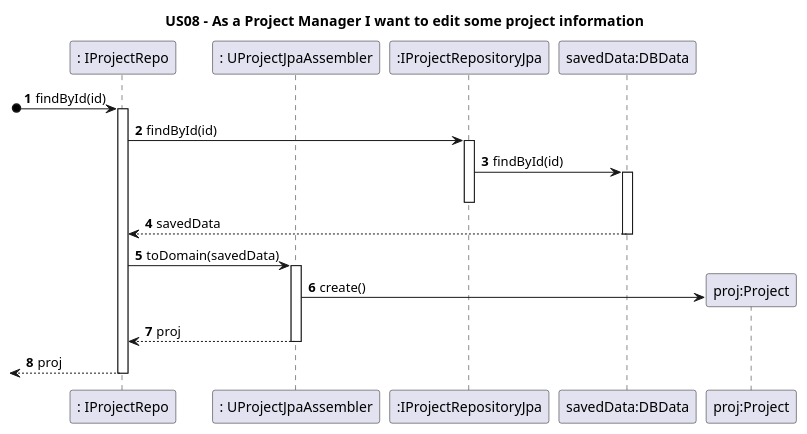
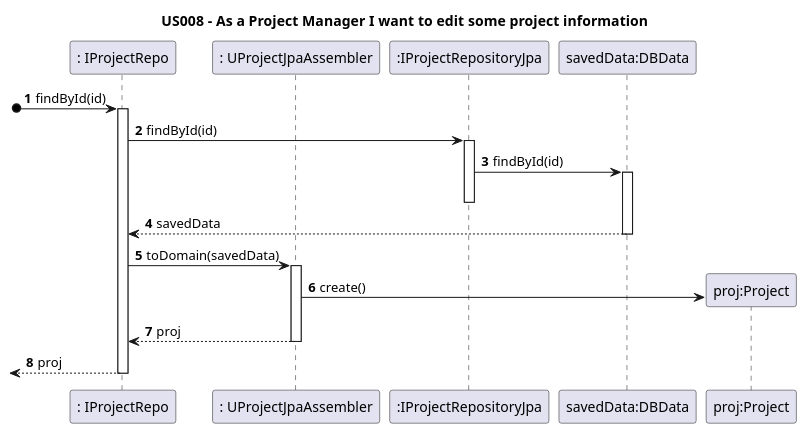
Before and after one commit to nunogon1211787/projectManagement: the diagram in docs/Sprint1/US008/US008jpaGet-SD.puml, drawn with PlantUML. The commit also changed 51 other files, not shown here.

```diff
--- a/docs/Sprint1/US008/US008jpaGet-SD.puml
+++ b/docs/Sprint1/US008/US008jpaGet-SD.puml
@@ -1,34 +1,34 @@
 @startuml
 'https://plantuml.com/sequence-diagram
 
 autoactivate on
 autonumber
 
-title US08 -  As a Project Manager I want to edit some project information
+title US008 -  As a Project Manager I want to edit some project information
 
 
 participant ": IProjectRepo" as Repository
 participant ": UProjectJpaAssembler" as Assembler
 participant ":IProjectRepositoryJpa" as Driver
 participant "savedData:DBData" as Data
 participant "proj:Project" as Project
 
 [o->Repository: findById(id)
 
 Repository -> Driver : findById(id)
 
 Driver -> Data : findById(id)
 
 deactivate Driver
 
 Data --> Repository : savedData
 
 Repository -> Assembler : toDomain(savedData)
 
 Assembler -> Project **: create()
 
 Assembler --> Repository : proj
 
 [<--Repository: proj
 
 @enduml
```
